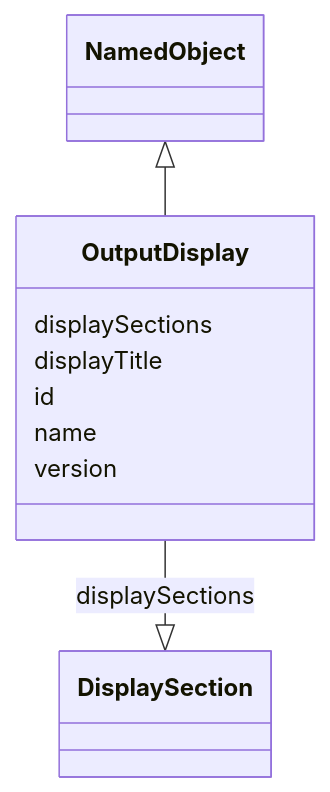
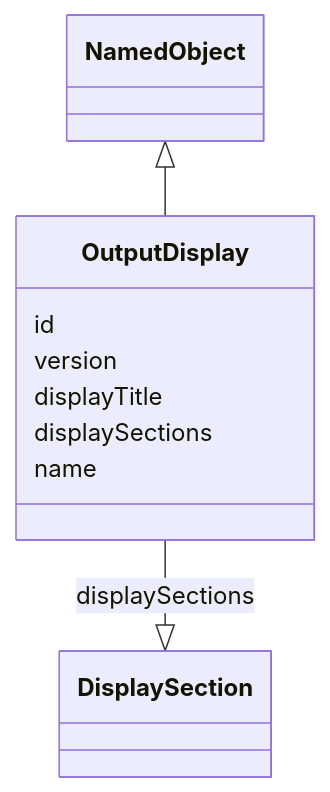
Before and after one commit to cdisc-org/analysis-results-standard: the diagram in project/docs/OutputDisplay.md, drawn with Mermaid. The commit also changed other lines of this file and 192 other files, not shown here.

````diff
--- a/project/docs/OutputDisplay.md
+++ b/project/docs/OutputDisplay.md
@@ -15,19 +13,13 @@
 ```mermaid
  classDiagram
     class OutputDisplay
       NamedObject <|-- OutputDisplay
-      
-      OutputDisplay : displaySections
+
+      OutputDisplay : id
+        OutputDisplay : version
+        OutputDisplay : displayTitle
+        OutputDisplay : displaySections
+        OutputDisplay --|> DisplaySection : displaySections
+        OutputDisplay : name
         
-          OutputDisplay --|> DisplaySection : displaySections
-        
-      OutputDisplay : displayTitle
-        
-      OutputDisplay : id
-        
-      OutputDisplay : name
-        
-      OutputDisplay : version
-        
-      
 ```
````
